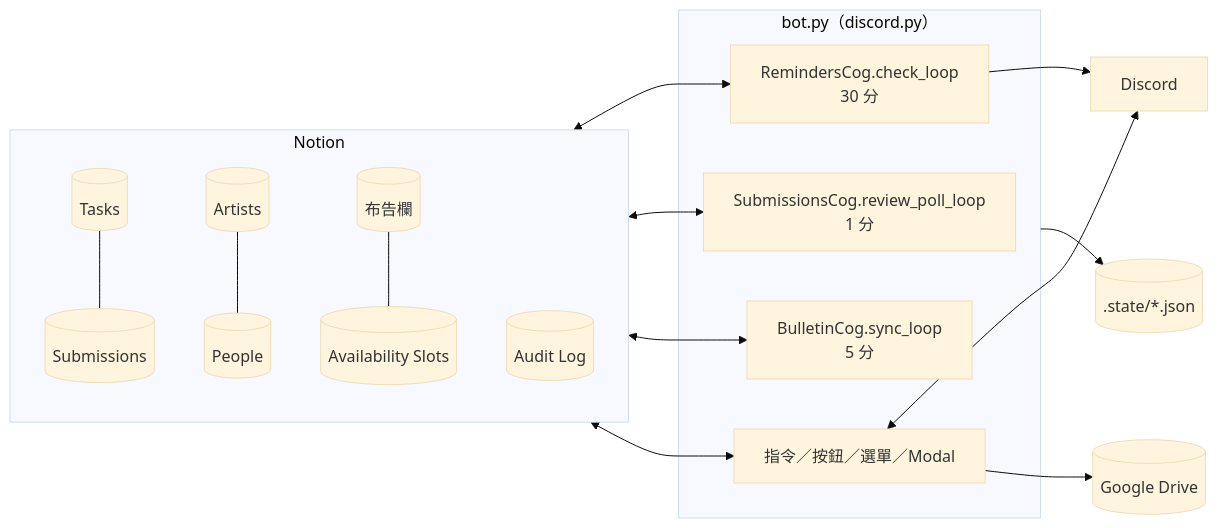
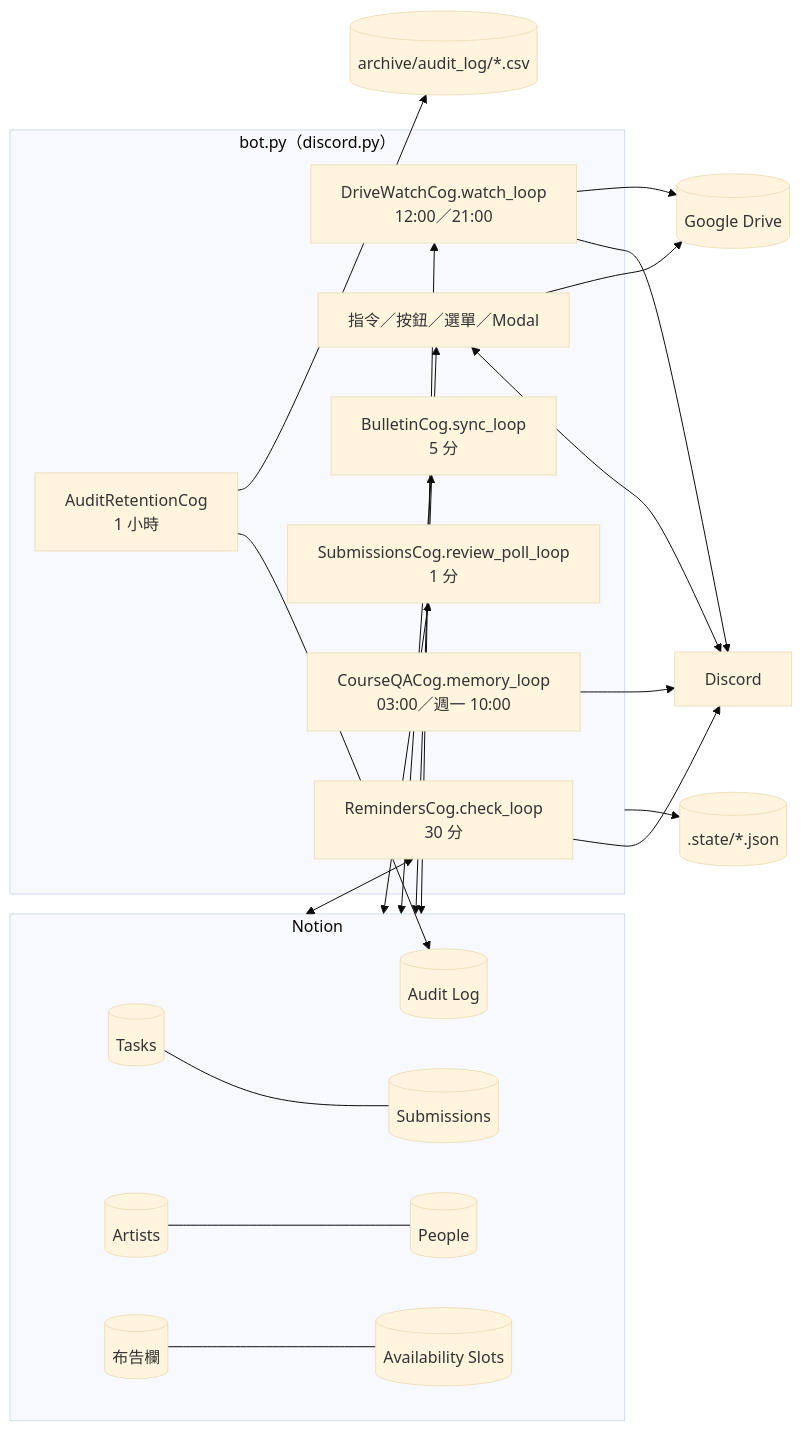
The diagram in docs/sop/ENGINEERING_SOP.md (johnnysun0621/kari-kari-ai-ops), drawn with Mermaid (base theme) before and after one commit. The commit also changed other lines of this file and 13 other files, not shown here.

````diff
--- a/docs/sop/ENGINEERING_SOP.md
+++ b/docs/sop/ENGINEERING_SOP.md
@@ -25,20 +25,25 @@
 ```mermaid
 flowchart LR
   subgraph Notion
     T[(Tasks)] --- S[(Submissions)]
     A[(Artists)] --- P[(People)]
     B[(布告欄)] --- AV[(Availability Slots)]
     AU[(Audit Log)]
   end
   subgraph Bot["bot.py（discord.py）"]
     R["RemindersCog.check_loop<br/>30 分"]
     SB["SubmissionsCog.review_poll_loop<br/>1 分"]
     BL["BulletinCog.sync_loop<br/>5 分"]
+    DW["DriveWatchCog.watch_loop<br/>12:00／21:00"]
+    MQ["CourseQACog.memory_loop<br/>03:00／週一 10:00"]
+    AR["AuditRetentionCog<br/>1 小時"]
     UI["指令／按鈕／選單／Modal"]
   end
-  Notion <--> R & SB & BL & UI
+  Notion <--> R & SB & BL & UI & DW
+  AR --> AU
   UI <--> D["Discord"]
-  R --> D
-  UI --> G[("Google Drive")]
+  R & DW & MQ --> D
+  UI & DW --> G[("Google Drive")]
+  AR --> AC[("archive/audit_log/*.csv")]
   Bot --> ST[(".state/*.json")]
 ```
````
